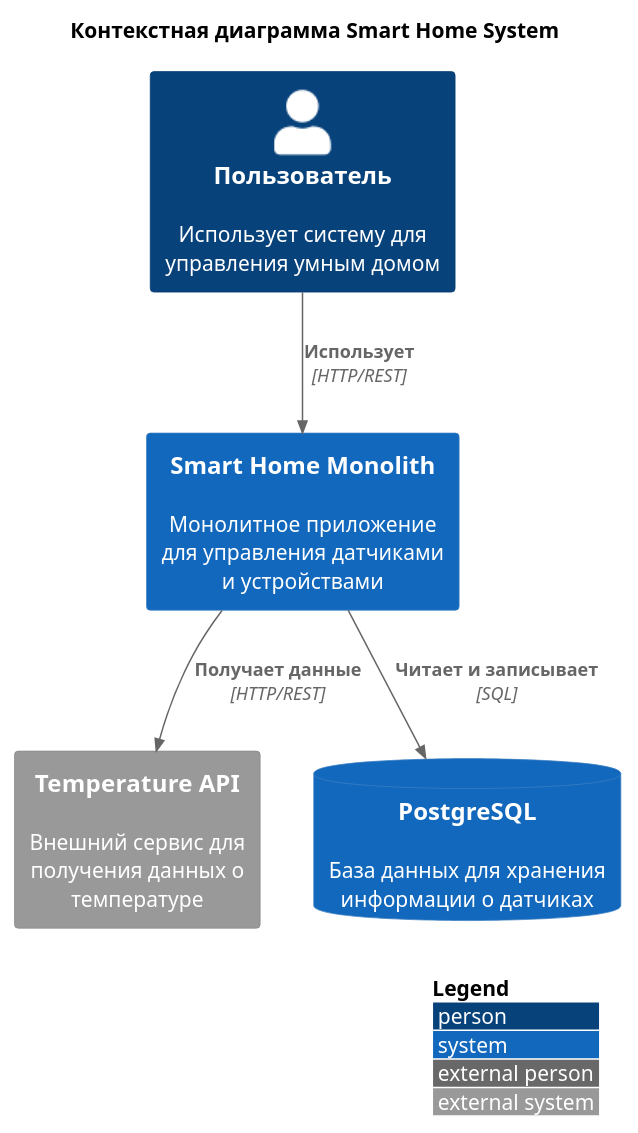
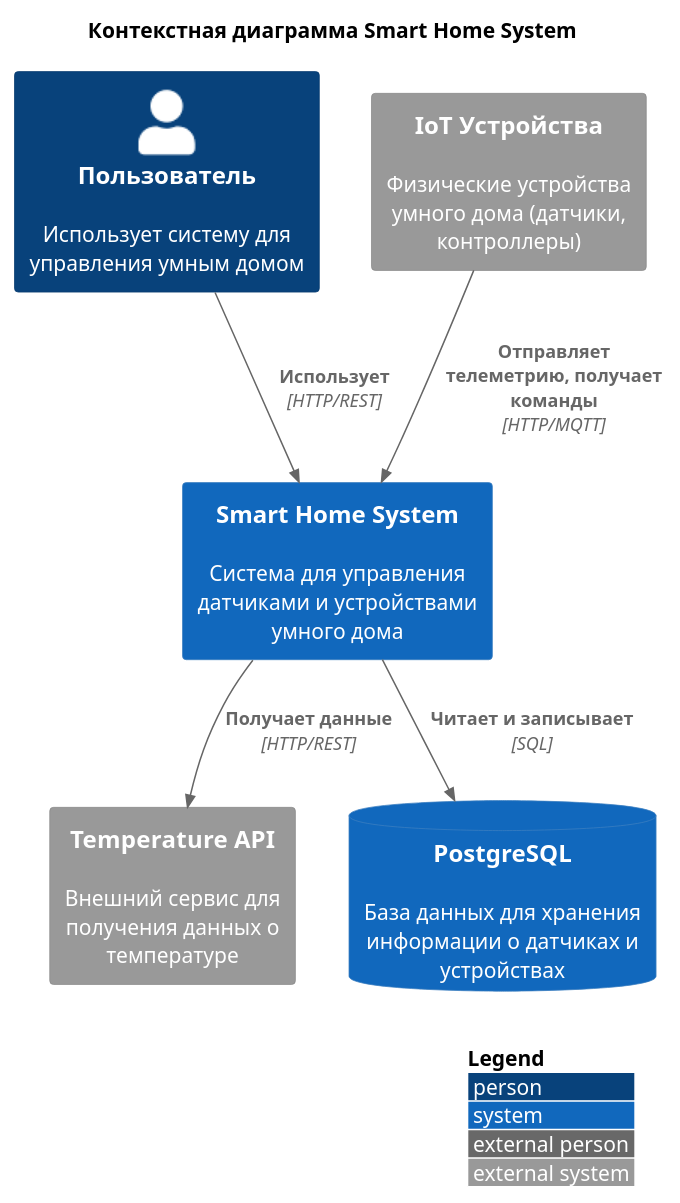
Before and after one commit to Yandex-Practicum/architecture-pro-warmhouse: the first of 8 diagrams in README.md, drawn with PlantUML. The commit also changed other lines of this file, not shown here.

````diff
--- a/README.md
+++ b/README.md
@@ -85,19 +85,21 @@
 ```plantuml
 @startuml
 !include https://raw.githubusercontent.com/plantuml-stdlib/C4-PlantUML/master/C4_Context.puml
 
 LAYOUT_WITH_LEGEND()
 
 title Контекстная диаграмма Smart Home System
 
 Person(user, "Пользователь", "Использует систему для управления умным домом")
-System(smarthome, "Smart Home Monolith", "Монолитное приложение для управления датчиками и устройствами")
+System(smarthome, "Smart Home System", "Система для управления датчиками и устройствами умного дома")
 System_Ext(temperature_api, "Temperature API", "Внешний сервис для получения данных о температуре")
-SystemDb(postgres, "PostgreSQL", "База данных для хранения информации о датчиках")
+System_Ext(devices, "IoT Устройства", "Физические устройства умного дома (датчики, контроллеры)")
+SystemDb(postgres, "PostgreSQL", "База данных для хранения информации о датчиках и устройствах")
 
 Rel(user, smarthome, "Использует", "HTTP/REST")
 Rel(smarthome, postgres, "Читает и записывает", "SQL")
 Rel(smarthome, temperature_api, "Получает данные", "HTTP/REST")
+Rel(devices, smarthome, "Отправляет телеметрию, получает команды", "HTTP/MQTT")
 
 @enduml
 ```
````
